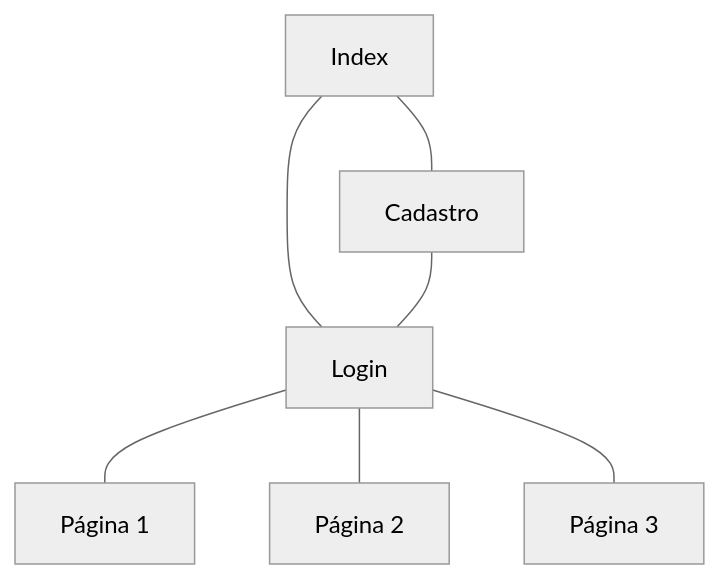
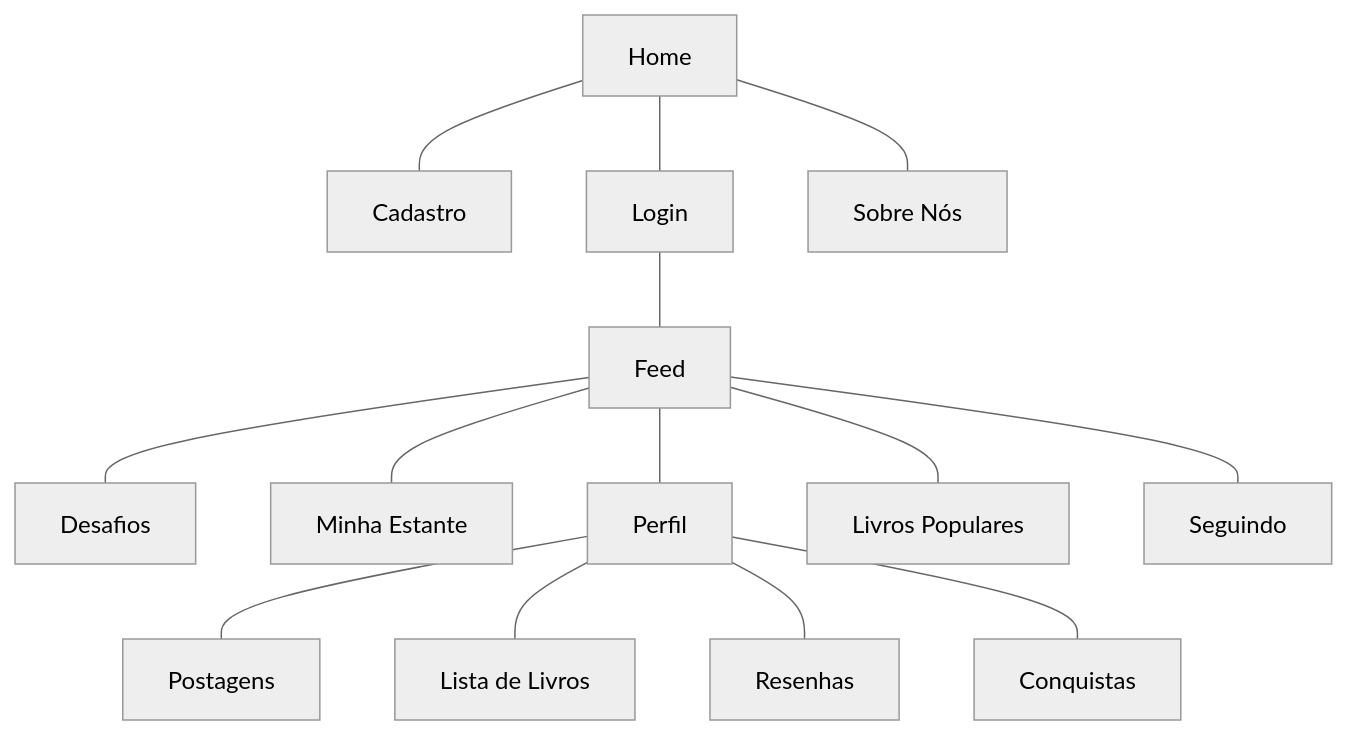
The diagram in doc/prototipos/prototipos.md (tads-cnat/pratiler), drawn with Mermaid (neutral theme) before and after one commit.

Commit message:
Update [Mapa do site]

````diff
--- a/doc/prototipos/prototipos.md
+++ b/doc/prototipos/prototipos.md
@@ -7,9 +7,19 @@
 ```mermaid
 flowchart TD
-    A[Index] --- B[Login]
-    A --- C[Cadastro]
-    C --- B
-    B --- D[Página 1]
-    B --- E[Página 2]
-    B --- F[Página 3]
+1[Home] --- 2[Cadastro]
+1 --- 3[Login]
+1 --- 4[Sobre Nós]
+
+3 --- 5[Feed]
+
+5 --- 6[Desafios]
+5 --- 7[Minha Estante]
+5 --- 8[Perfil]
+5 --- 9[Livros Populares]
+5 --- 10[Seguindo]
+
+8 --- 11[Postagens]
+8 --- 12[Lista de Livros]
+8 --- 13[Resenhas]
+8 --- 14[Conquistas]
 ```
````
